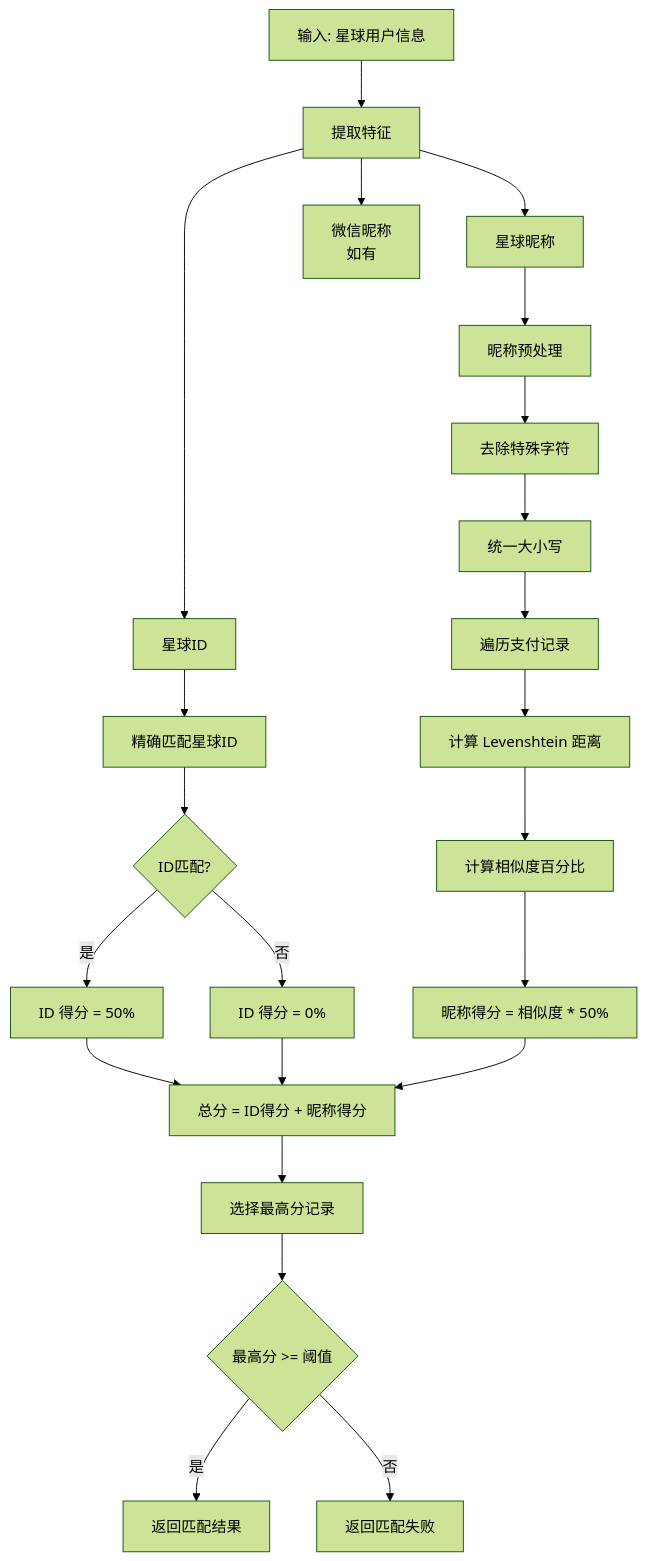
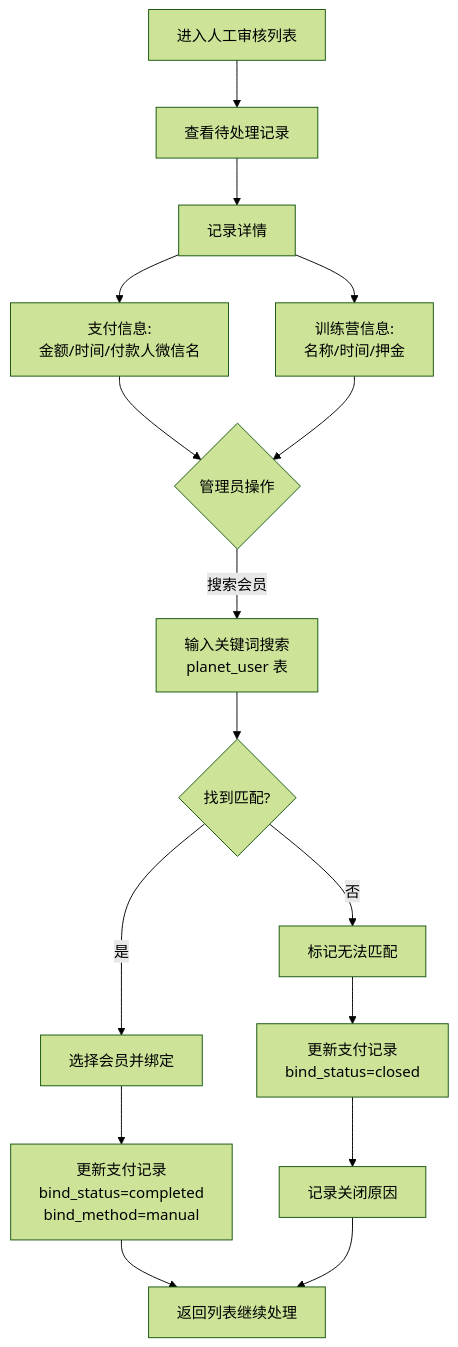
One commit to yiancode/AutoDepositRefundAgent changed diagram 16 of 58 in docs/v1/技术方案.md. Above: the diagram before and after it, drawn with Mermaid (forest theme). The commit also changed other lines of this file and 9 other files, not shown here.

````diff
--- a/docs/v1/技术方案.md
+++ b/docs/v1/技术方案.md
@@ -760,32 +874,24 @@
 ```mermaid
 flowchart TD
-    A[输入: 星球用户信息] --> B[提取特征]
+    A[进入人工审核列表] --> B[查看待处理记录]
 
-    B --> C[星球昵称]
-    B --> D[星球ID]
-    B --> E[微信昵称<br/>如有]
+    B --> C[记录详情]
+    C --> D[支付信息:<br/>金额/时间/付款人微信名]
+    C --> E[训练营信息:<br/>名称/时间/押金]
 
-    C --> F[昵称预处理]
-    F --> G[去除特殊字符]
-    G --> H[统一大小写]
+    D --> F{管理员操作}
+    E --> F
 
-    H --> I[遍历支付记录]
-    I --> J[计算 Levenshtein 距离]
-    J --> K[计算相似度百分比]
+    F -->|搜索会员| G[输入关键词搜索<br/>planet_user 表]
+    G --> H{找到匹配?}
+    H -->|是| I[选择会员并绑定]
+    H -->|否| J[标记无法匹配]
 
-    D --> L[精确匹配星球ID]
-    L --> M{ID匹配?}
-    M -->|是| N[ID 得分 = 50%]
-    M -->|否| O[ID 得分 = 0%]
+    I --> K[更新支付记录<br/>bind_status=completed<br/>bind_method=manual]
 
-    K --> P[昵称得分 = 相似度 * 50%]
+    J --> L[更新支付记录<br/>bind_status=closed]
+    L --> M[记录关闭原因]
 
-    N --> Q[总分 = ID得分 + 昵称得分]
-    O --> Q
-    P --> Q
-
-    Q --> R[选择最高分记录]
-    R --> S{最高分 >= 阈值}
-    S -->|是| T[返回匹配结果]
-    S -->|否| U[返回匹配失败]
+    K --> N[返回列表继续处理]
+    M --> N
 ```
````
